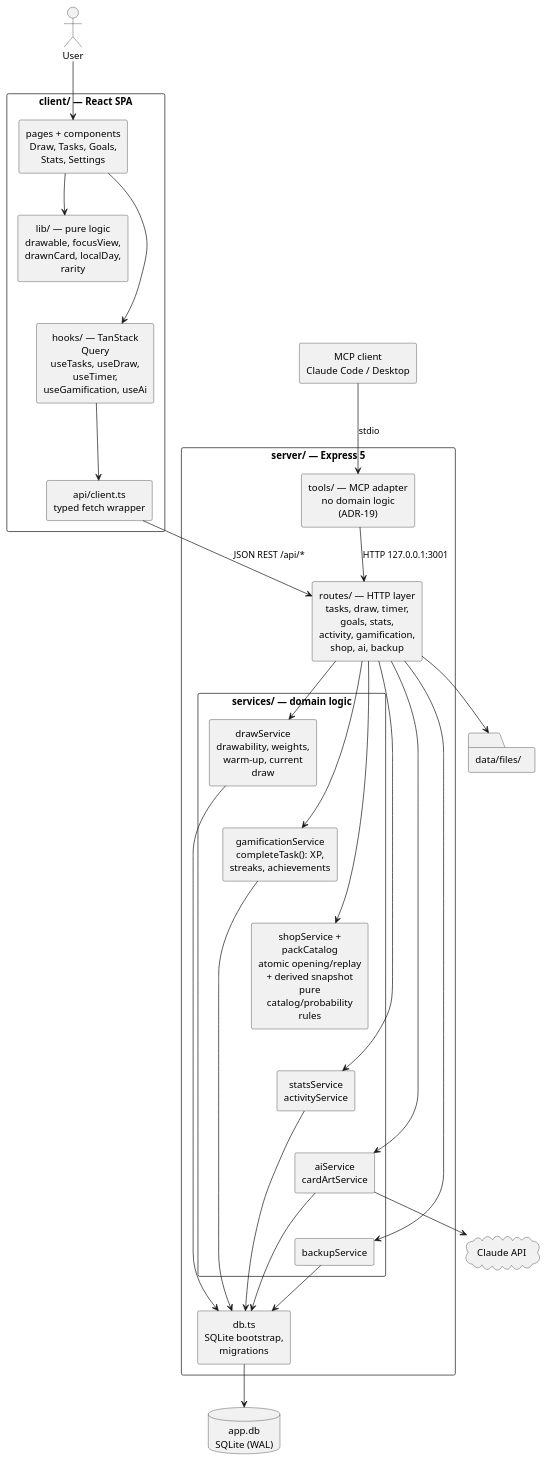
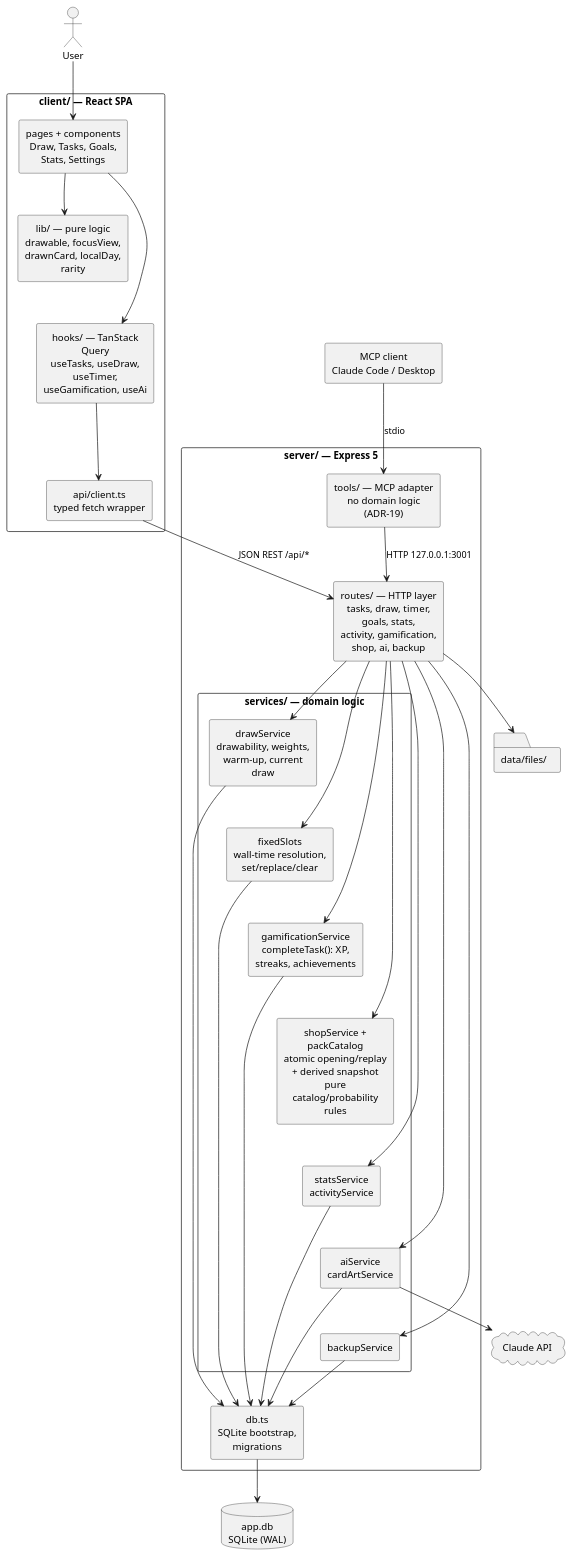
The diagram in docs/modules/ROOT/pages/05_building_block_view.adoc (FelixGeisler/draw), drawn with PlantUML before and after one commit. The commit also changed other lines of this file and 46 other files, not shown here.

```diff
--- a/docs/modules/ROOT/pages/05_building_block_view.adoc
+++ b/docs/modules/ROOT/pages/05_building_block_view.adoc
@@ -16,68 +16,72 @@
 [plantuml,building-blocks,svg]
 ....
 @startuml
 skinparam componentStyle rectangle
 skinparam shadowing false
 skinparam wrapWidth 150
 skinparam defaultTextAlignment center
 skinparam packageStyle rectangle
 hide stereotype
 
 actor "User" as user
 component "MCP client\nClaude Code / Desktop" as mcpClient
 
 package "client/ — React SPA" {
   component "pages + components\nDraw, Tasks, Goals,\nStats, Settings" as pages
   component "lib/ — pure logic\ndrawable, focusView,\ndrawnCard, localDay, rarity" as clib
   component "hooks/ — TanStack Query\nuseTasks, useDraw, useTimer,\nuseGamification, useAi" as hooks
   component "api/client.ts\ntyped fetch wrapper" as apiClient
 }
 
 package "server/ — Express 5" {
   component "tools/ — MCP adapter\nno domain logic (ADR-19)" as mcpAdapter
   component "routes/ — HTTP layer\ntasks, draw, timer, goals, stats,\nactivity, gamification, shop, ai, backup" as routes
   package "services/ — domain logic" {
     component "drawService\ndrawability, weights,\nwarm-up, current draw" as drawSvc
+    component "fixedSlots\nwall-time resolution,\nset/replace/clear" as fixedSvc
     component "gamificationService\ncompleteTask(): XP,\nstreaks, achievements" as gamSvc
     component "shopService + packCatalog\natomic opening/replay + derived snapshot\npure catalog/probability rules" as shopSvc
     component "statsService\nactivityService" as statsSvc
     component "aiService\ncardArtService" as aiSvc
     component "backupService" as backupSvc
   }
   component "db.ts\nSQLite bootstrap, migrations" as dbmod
 }
 
 database "app.db\nSQLite (WAL)" as sqlite
 folder "data/files/" as files
 cloud "Claude API" as claude
 
 user --> pages
 pages --> hooks
 pages --> clib
 hooks --> apiClient
 apiClient --> routes : "JSON REST /api/*"
 mcpClient --> mcpAdapter : stdio
 mcpAdapter --> routes : "HTTP 127.0.0.1:3001"
 routes --> drawSvc
+routes --> fixedSvc
 routes --> gamSvc
 routes --> shopSvc
 routes --> statsSvc
 routes --> aiSvc
 routes --> backupSvc
-drawSvc -[hidden]-> gamSvc
+drawSvc -[hidden]-> fixedSvc
+fixedSvc -[hidden]-> gamSvc
 gamSvc -[hidden]-> shopSvc
 shopSvc -[hidden]-> statsSvc
 statsSvc -[hidden]-> aiSvc
 aiSvc -[hidden]-> backupSvc
 drawSvc --> dbmod
+fixedSvc --> dbmod
 gamSvc --> dbmod
 statsSvc --> dbmod
 aiSvc --> dbmod
 backupSvc --> dbmod
 dbmod --> sqlite
 routes --> files
 aiSvc --> claude
 pages -[hidden]-> clib
 clib -[hidden]-> hooks
 @enduml
 ....
```
